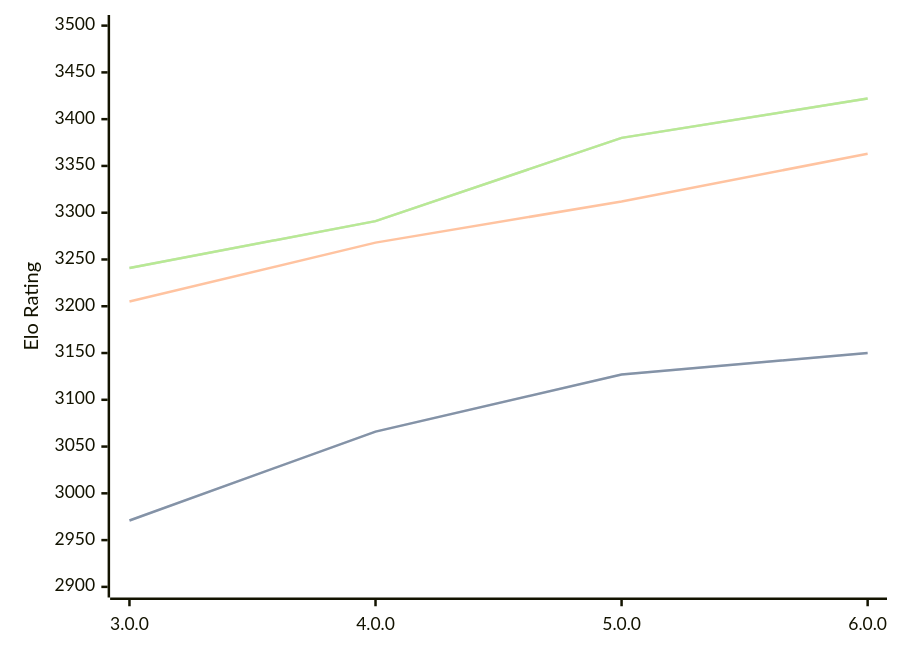
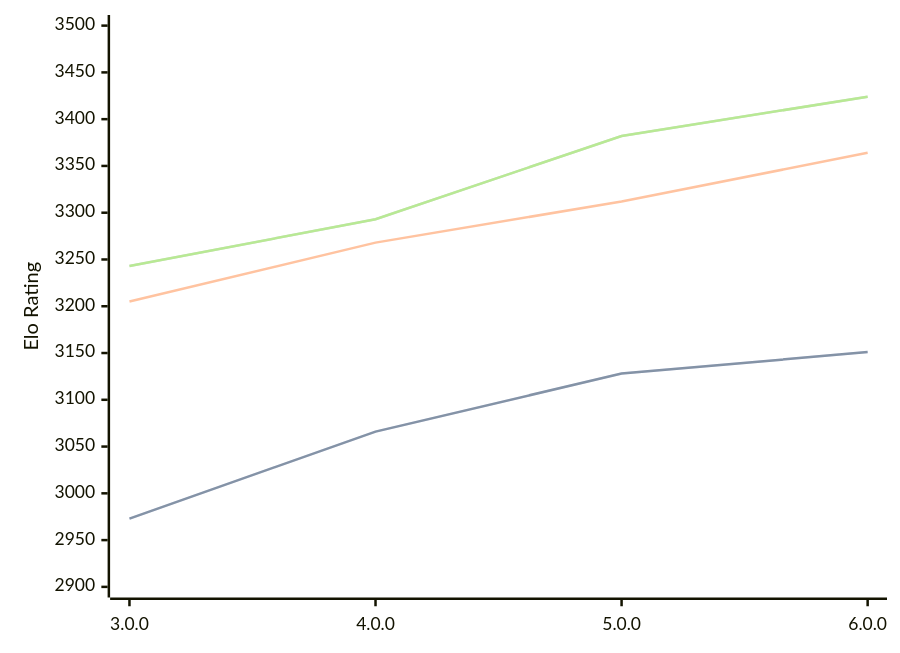
One commit to computer-chess-index/cci changed the diagram in engines/Minke.md. Above: the diagram before and after it, drawn with Mermaid. The commit also changed other lines of this file, not shown here.

Commit message:
Update CCI Ratings (ELO VLTC) - 2026-08-21

````diff
--- a/engines/Minke.md
+++ b/engines/Minke.md
@@ -34,11 +34,11 @@
 ```mermaid
 %%{init: {"theme":"base","themeVariables":{"seriesColors:['#a3a3a3','#222221','#faa371']}}}%%
 xychart-beta
   x-axis ["3.0.0", "4.0.0", "5.0.0", "6.0.0"]
   y-axis "Elo Rating" 2900 --> 3500
-  line "STC (8.0+0.08s)" [2971, 3066, 3127, 3150]
-  line "STC (8.0+0.08s)" [2971, 3066, 3127, 3150]
-  line "LTC (60.0+0.60s)" [3205, 3268, 3312, 3363]
-  line "VLTC (2m24s+1.12s)" [3241, 3291, 3380, 3422]
-  line "VLTC (2m24s+1.12s)" [3241, 3291, 3380, 3422]
+  line "STC (8.0+0.08s)" [2973, 3066, 3128, 3151]
+  line "STC (8.0+0.08s)" [2973, 3066, 3128, 3151]
+  line "LTC (60.0+0.60s)" [3205, 3268, 3312, 3364]
+  line "VLTC (2m24s+1.12s)" [3243, 3293, 3382, 3424]
+  line "VLTC (2m24s+1.12s)" [3243, 3293, 3382, 3424]
 ```
````
